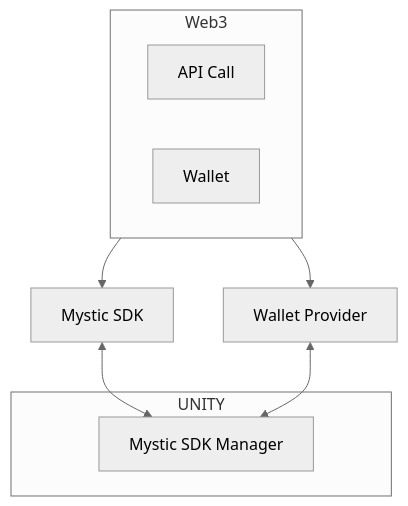
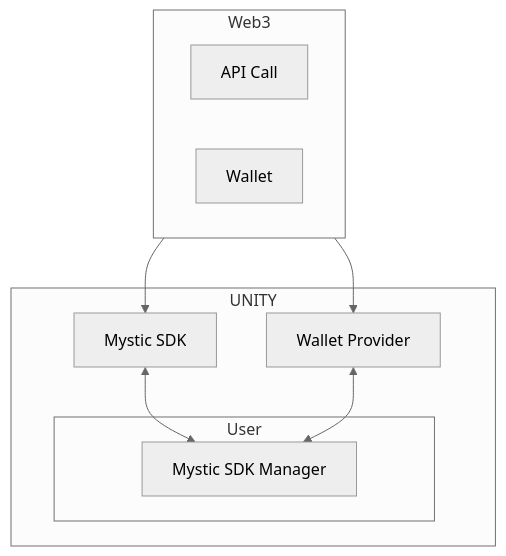
One commit to mysticswap/mystic-unity-sdk changed the first of 2 diagrams in docs/UnitySDK-architecture.md. Above: the diagram before and after it, drawn with Mermaid (neutral theme). The commit also changed other lines of this file, not shown here.

First line of the commit message:
Add Code Architecture

````diff
--- a/docs/UnitySDK-architecture.md
+++ b/docs/UnitySDK-architecture.md
@@ -3,23 +3,27 @@
 ```mermaid
 flowchart TD
     Web3[Web3]
     MS[Mystic SDK]
     WP[Wallet Provider]
     MSM[Mystic SDK Manager]
     API[API Call]
     W[Wallet]
     
     Web3 --> MS
     Web3 --> WP
     MS <--> MSM
     WP <--> MSM
     
     subgraph Web3
         API
         W
     end
     
     subgraph UNITY
-        MSM
+        MS
+        WP
+        subgraph User
+            MSM
+        end
     end
 ```
````
